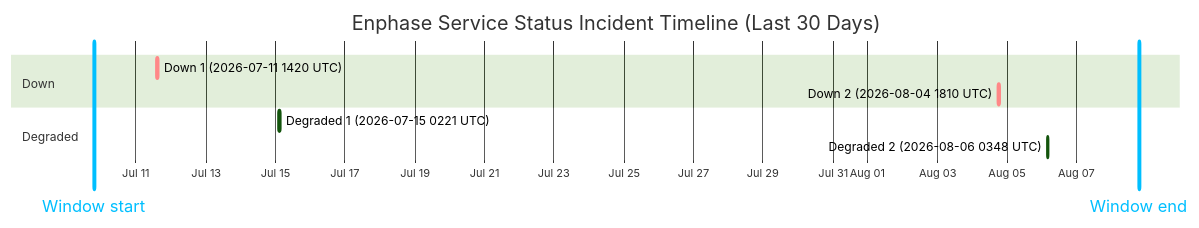
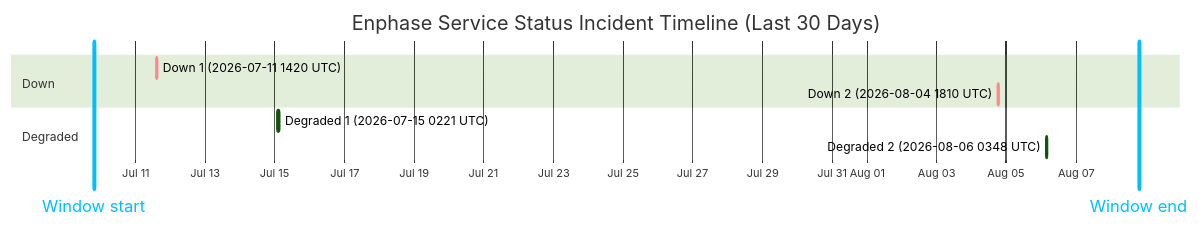
Before and after one commit to barneyonline/ha-enphase-energy: the diagram in wiki/Service-Status-History.md, drawn with Mermaid (forest theme). The commit also changed other lines of this file and 3 other files, not shown here.

````diff
--- a/wiki/Service-Status-History.md
+++ b/wiki/Service-Status-History.md
@@ -14,14 +14,14 @@
 ```mermaid
 gantt
     title Enphase Service Status Incident Timeline (Last 30 Days)
     dateFormat  YYYY-MM-DDTHH:mm:ss
     axisFormat  %b %d
-    Window start :vert, window-start, 2026-07-09T18:50:23, 0ms
-    Window end :vert, window-end, 2026-08-08T18:50:23, 0ms
+    Window start :vert, window-start, 2026-07-09T19:27:59, 0ms
+    Window end :vert, window-end, 2026-08-08T19:27:59, 0ms
     section Down
     Down 1 (2026-07-11 1420 UTC) :crit, down-1, 2026-07-11T14:20:54, 69m
     Down 2 (2026-08-04 1810 UTC) :crit, down-2, 2026-08-04T18:10:46, 60m
     section Degraded
     Degraded 1 (2026-07-15 0221 UTC) :active, degraded-1, 2026-07-15T02:21:35, 60m
     Degraded 2 (2026-08-06 0348 UTC) :active, degraded-2, 2026-08-06T03:48:14, 60m
 ```
````
